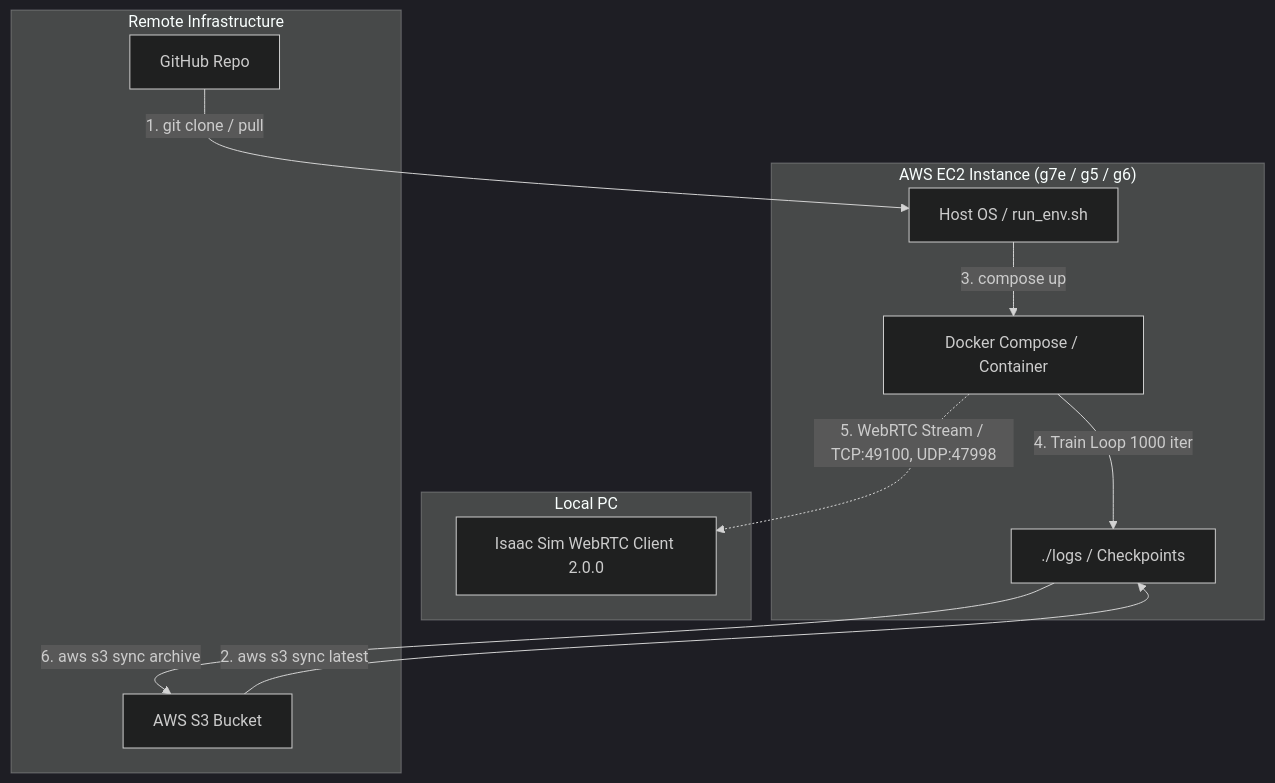
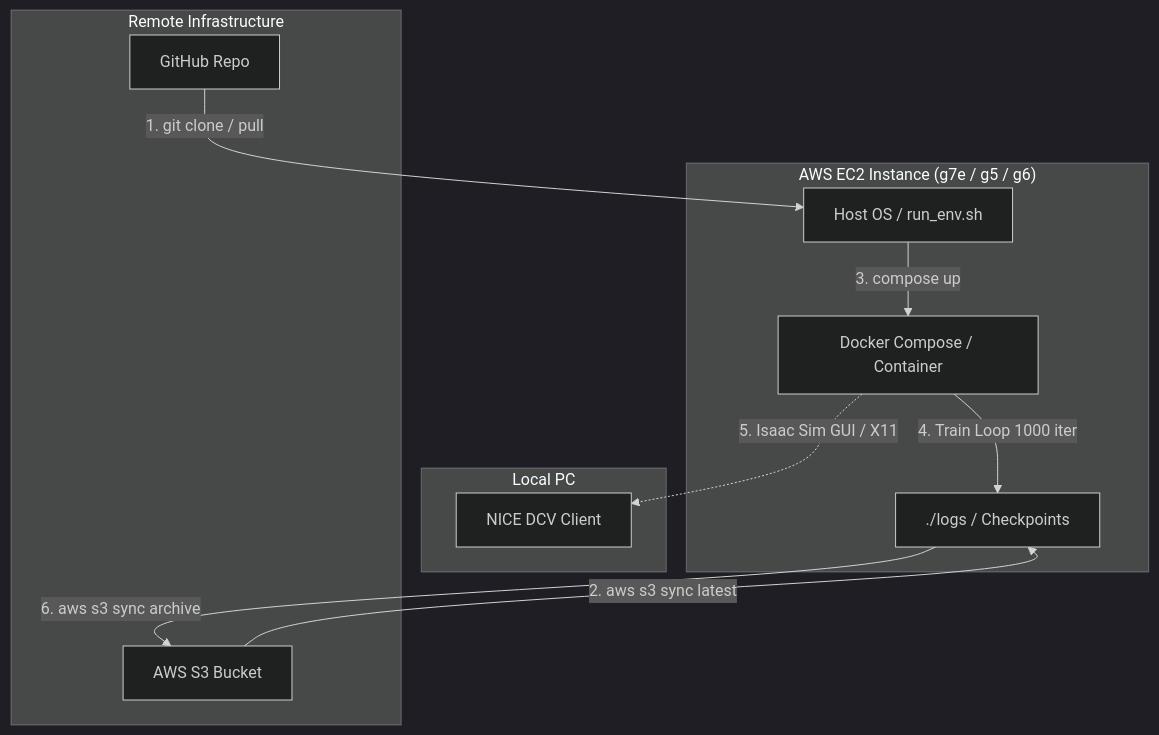
One commit to tinayla696/g1-handover-project changed the diagram in README.md. Above: the diagram before and after it, drawn with Mermaid (dark theme). The commit also changed other lines of this file and 16 other files, not shown here.

Commit message:
refactor(dcv): remove WebRTC and standardize DCV GUI workflow

````diff
--- a/README.md
+++ b/README.md
@@ -19,25 +19,25 @@
 ```mermaid
 flowchart TD
     subgraph local_pc["Local PC"]
-        client["Isaac Sim WebRTC Client 2.0.0"]
+        dcv["NICE DCV Client"]
     end
 
     subgraph aws_ec2["AWS EC2 Instance (g7e / g5 / g6)"]
         host["Host OS / run_env.sh"]
         docker["Docker Compose / Container"]
         logs["./logs / Checkpoints"]
     end
 
     subgraph remote["Remote Infrastructure"]
         github["GitHub Repo"]
         s3["AWS S3 Bucket"]
     end
 
     %% ワークフローの流れ
     github -->|1. git clone / pull| host
     s3 -->|2. aws s3 sync latest| logs
     host -->|3. compose up| docker
     docker -->|4. Train Loop 1000 iter| logs
-    docker -.->|5. WebRTC Stream / TCP:49100, UDP:47998| client
+    docker -.->|5. Isaac Sim GUI / X11| dcv
     logs -->|6. aws s3 sync archive| s3
 ```
````
